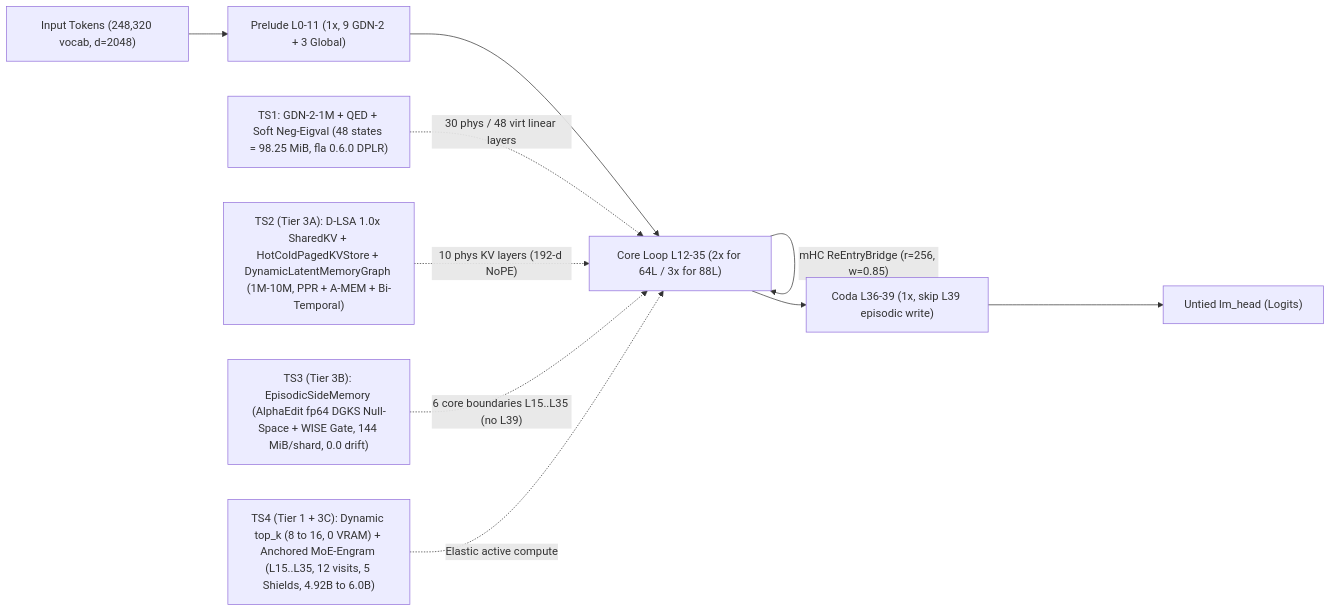
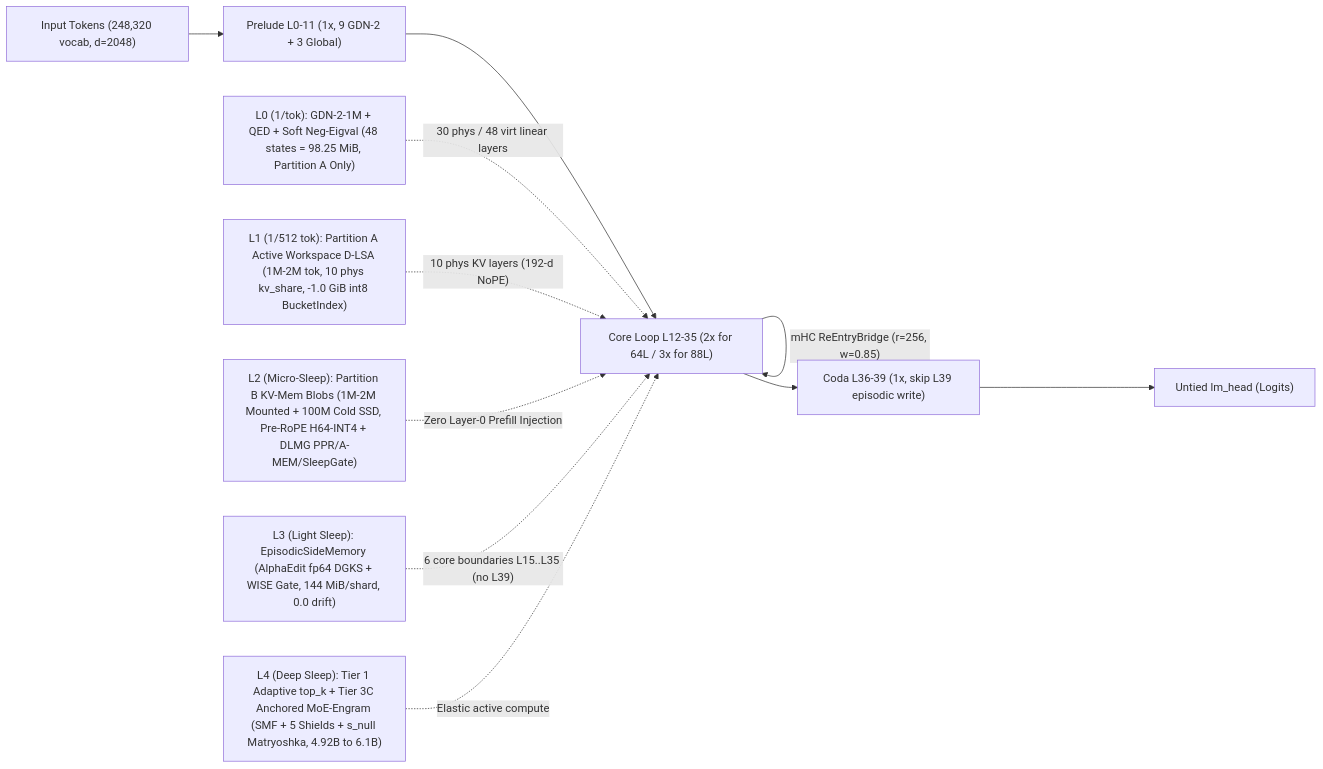
The diagram in docs/ROADMAP_NEXTGEN_LOOP64_COMEM.md (BaiTian6641/Qwen3.6-35B-A3B-Loop60), drawn with Mermaid before and after one commit. The commit also changed other lines of this file and 2 other files, not shown here.

Commit message:
docs(proposal): add LSA-NL split-horizon research proposal and refine Loop64-CoMem roadmap

````diff
--- a/docs/ROADMAP_NEXTGEN_LOOP64_COMEM.md
+++ b/docs/ROADMAP_NEXTGEN_LOOP64_COMEM.md
@@ -92,13 +94,14 @@
 ```mermaid
 flowchart LR
     IN["Input Tokens (248,320 vocab, d=2048)"] --> PRE["Prelude L0-11 (1x, 9 GDN-2 + 3 Global)"]
     PRE --> CORE["Core Loop L12-35 (2x for 64L / 3x for 88L)"]
     CORE -- "mHC ReEntryBridge (r=256, w=0.85)" --> CORE
     CORE --> CODA["Coda L36-39 (1x, skip L39 episodic write)"]
     CODA --> OUT["Untied lm_head (Logits)"]
 
-    T1["TS1: GDN-2-1M + QED + Soft Neg-Eigval (48 states = 98.25 MiB, fla 0.6.0 DPLR)"] -. "30 phys / 48 virt linear layers" .-> CORE
-    T2["TS2 (Tier 3A): D-LSA 1.0x SharedKV + HotColdPagedKVStore + DynamicLatentMemoryGraph (1M-10M, PPR + A-MEM + Bi-Temporal)"] -. "10 phys KV layers (192-d NoPE)" .-> CORE
-    T3["TS3 (Tier 3B): EpisodicSideMemory (AlphaEdit fp64 DGKS Null-Space + WISE Gate, 144 MiB/shard, 0.0 drift)"] -. "6 core boundaries L15..L35 (no L39)" .-> CORE
-    T4["TS4 (Tier 1 + 3C): Dynamic top_k (8 to 16, 0 VRAM) + Anchored MoE-Engram (L15..L35, 12 visits, 5 Shields, 4.92B to 6.0B)"] -. "Elastic active compute" .-> CORE
+    L0["L0 (1/tok): GDN-2-1M + QED + Soft Neg-Eigval (48 states = 98.25 MiB, Partition A Only)"] -. "30 phys / 48 virt linear layers" .-> CORE
+    L1["L1 (1/512 tok): Partition A Active Workspace D-LSA (1M-2M tok, 10 phys kv_share, -1.0 GiB int8 BucketIndex)"] -. "10 phys KV layers (192-d NoPE)" .-> CORE
+    L2["L2 (Micro-Sleep): Partition B KV-Mem Blobs (1M-2M Mounted + 100M Cold SSD, Pre-RoPE H64-INT4 + DLMG PPR/A-MEM/SleepGate)"] -. "Zero Layer-0 Prefill Injection" .-> CORE
+    L3["L3 (Light Sleep): EpisodicSideMemory (AlphaEdit fp64 DGKS + WISE Gate, 144 MiB/shard, 0.0 drift)"] -. "6 core boundaries L15..L35 (no L39)" .-> CORE
+    L4["L4 (Deep Sleep): Tier 1 Adaptive top_k + Tier 3C Anchored MoE-Engram (SMF + 5 Shields + s_null Matryoshka, 4.92B to 6.1B)"] -. "Elastic active compute" .-> CORE
 ```
````
